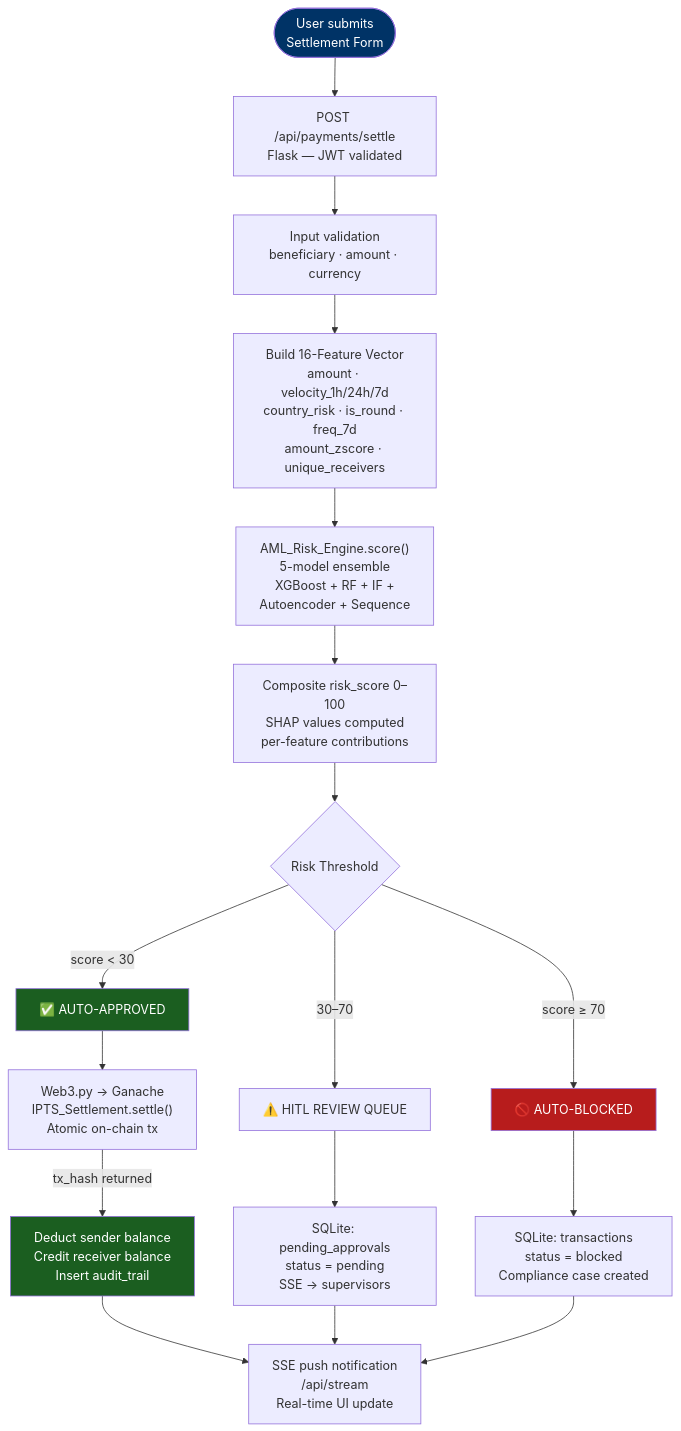
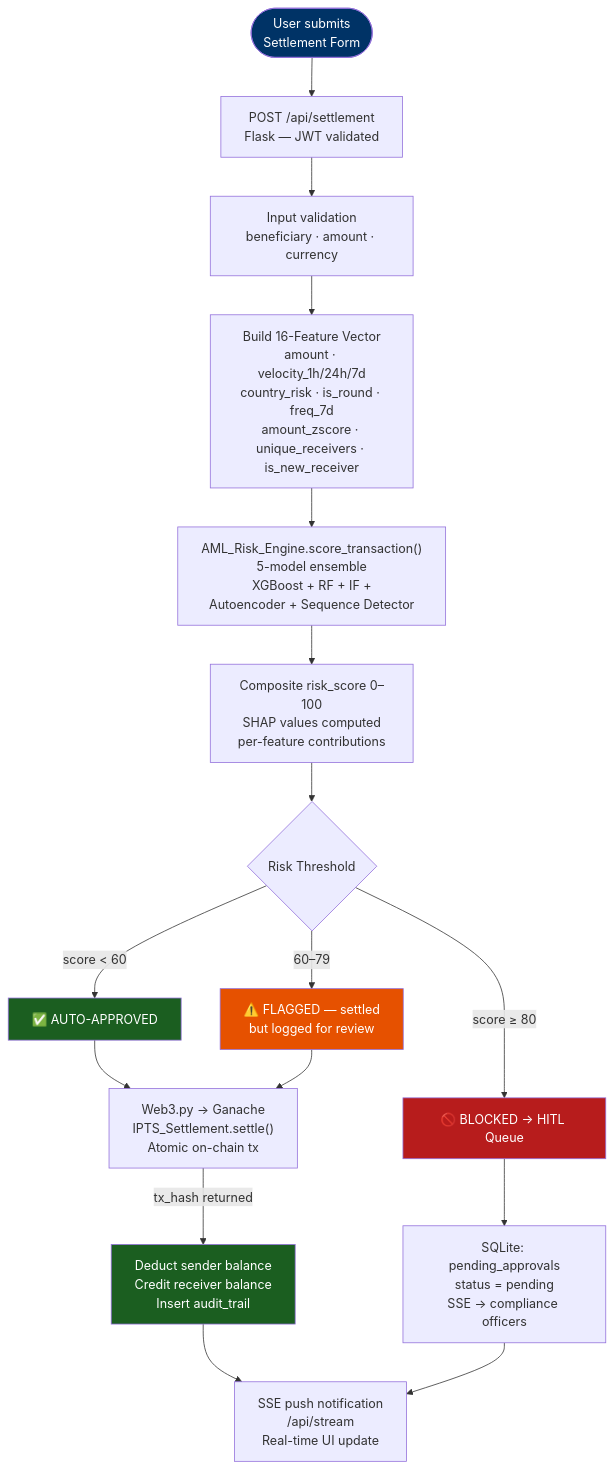
One commit to mohammedidriss/G9-IPTS changed the third of 11 diagrams in README.md. Above: the diagram before and after it, drawn with Mermaid. The commit also changed other lines of this file, not shown here.

````diff
--- a/README.md
+++ b/README.md
@@ -212,24 +217,24 @@
 ```mermaid
 flowchart TD
-    A([User submits\nSettlement Form]) --> B["POST /api/payments/settle\nFlask — JWT validated"]
+    A([User submits\nSettlement Form]) --> B["POST /api/settlement\nFlask — JWT validated"]
     B --> C[Input validation\nbeneficiary · amount · currency]
-    C --> D["Build 16-Feature Vector\namount · velocity_1h/24h/7d\ncountry_risk · is_round · freq_7d\namount_zscore · unique_receivers"]
-    D --> E["AML_Risk_Engine.score()\n5-model ensemble\nXGBoost + RF + IF +\nAutoencoder + Sequence"]
+    C --> D["Build 16-Feature Vector\namount · velocity_1h/24h/7d\ncountry_risk · is_round · freq_7d\namount_zscore · unique_receivers · is_new_receiver"]
+    D --> E["AML_Risk_Engine.score_transaction()\n5-model ensemble\nXGBoost + RF + IF +\nAutoencoder + Sequence Detector"]
     E --> F["Composite risk_score 0–100\nSHAP values computed\nper-feature contributions"]
     F --> G{Risk Threshold}
-    G -->|score < 30| H[✅ AUTO-APPROVED]
-    G -->|30–70| I[⚠️ HITL REVIEW QUEUE]
-    G -->|score ≥ 70| J[🚫 AUTO-BLOCKED]
+    G -->|score < 60| H[✅ AUTO-APPROVED]
+    G -->|60–79| I[⚠️ FLAGGED — settled\nbut logged for review]
+    G -->|score ≥ 80| J[🚫 BLOCKED → HITL Queue]
     H --> K["Web3.py → Ganache\nIPTS_Settlement.settle()\nAtomic on-chain tx"]
-    I --> L["SQLite: pending_approvals\nstatus = pending\nSSE → supervisors"]
-    J --> M["SQLite: transactions\nstatus = blocked\nCompliance case created"]
-    K -->|tx_hash returned| N["Deduct sender balance\nCredit receiver balance\nInsert audit_trail"]
-    N --> O["SSE push notification\n/api/stream\nReal-time UI update"]
-    L --> O
-    M --> O
+    I --> K
+    J --> L["SQLite: pending_approvals\nstatus = pending\nSSE → compliance officers"]
+    K -->|tx_hash returned| M["Deduct sender balance\nCredit receiver balance\nInsert audit_trail"]
+    M --> N["SSE push notification\n/api/stream\nReal-time UI update"]
+    L --> N
 
     style A fill:#003366,color:#fff
     style H fill:#1B5E20,color:#fff
+    style I fill:#E65100,color:#fff
     style J fill:#B71C1C,color:#fff
-    style N fill:#1B5E20,color:#fff
+    style M fill:#1B5E20,color:#fff
 ```
````
